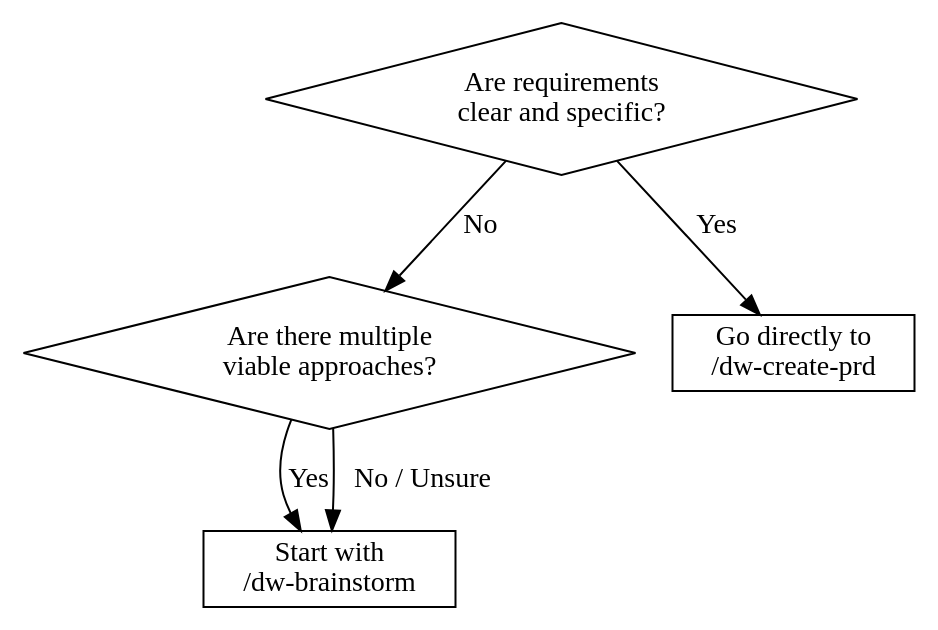
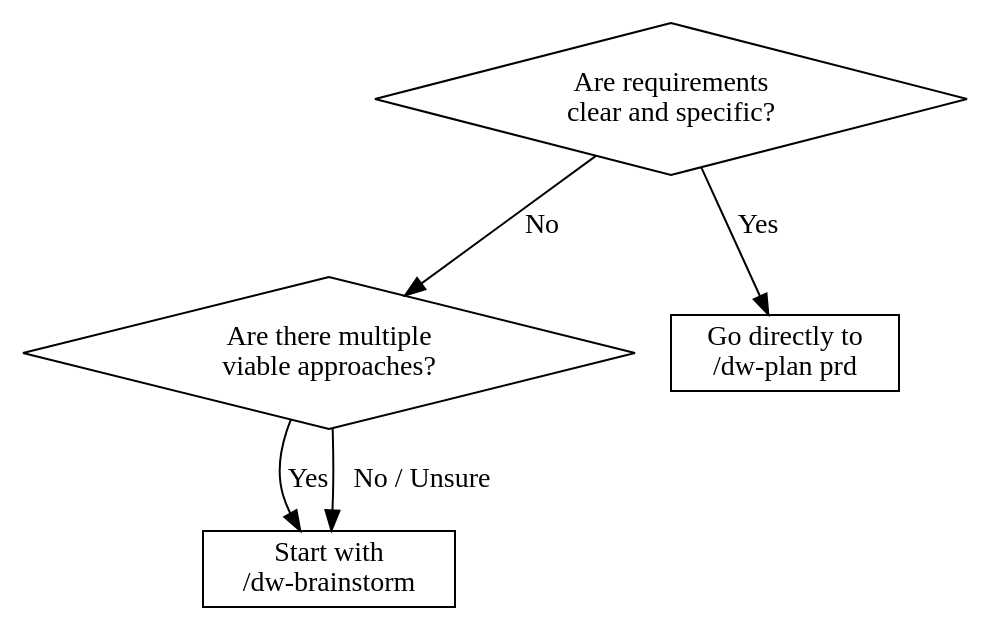
Before and after one commit to brunosps/winbox-gui: the diagram in .dw/commands/dw-brainstorm.md, drawn with Graphviz. The commit also changed other lines of this file and 511 other files, not shown here.

````diff
--- a/.dw/commands/dw-brainstorm.md
+++ b/.dw/commands/dw-brainstorm.md
@@ -21,15 +45,15 @@
 ```dot
 digraph brainstorm_decision {
   rankdir=TB;
   node [shape=diamond];
   Q1 [label="Are requirements\nclear and specific?"];
   Q2 [label="Are there multiple\nviable approaches?"];
   node [shape=box];
-  PRD [label="Go directly to\n/dw-create-prd"];
+  PRD [label="Go directly to\n/dw-plan prd"];
   BS [label="Start with\n/dw-brainstorm"];
   Q1 -> PRD [label="Yes"];
   Q1 -> Q2 [label="No"];
   Q2 -> BS [label="Yes"];
   Q2 -> BS [label="No / Unsure"];
 }
 ```
````
